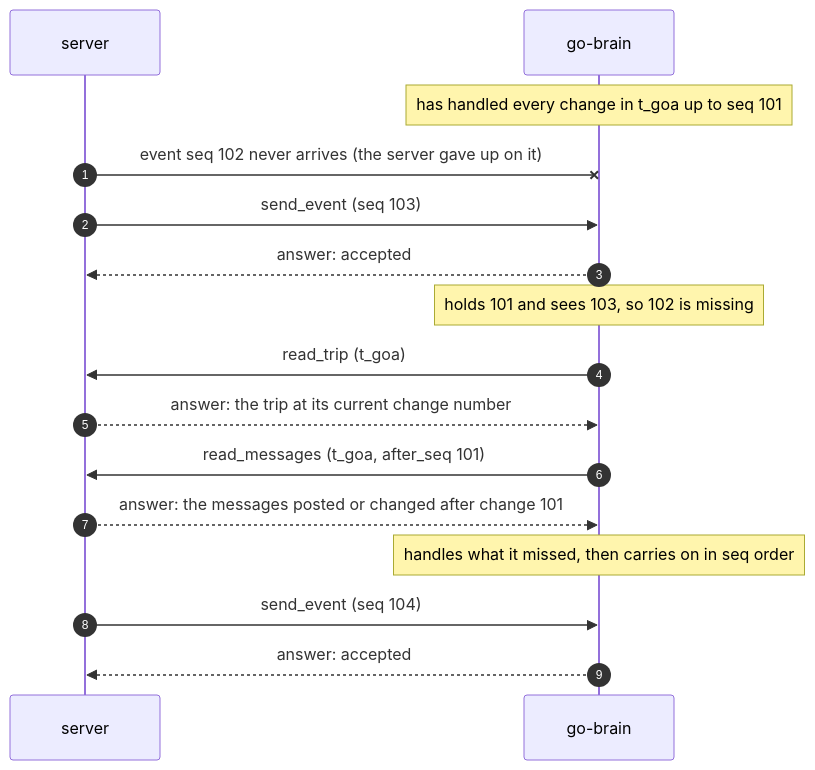
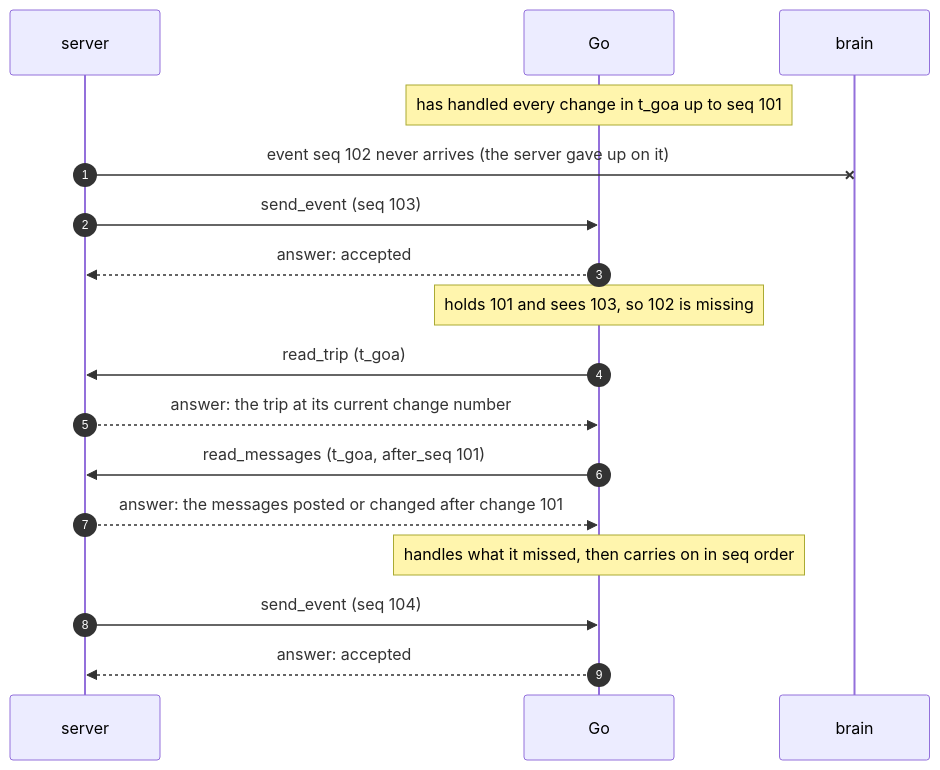
The eighth of 8 diagrams in docs/guide/09-flows.md (vestra-ai/go-brain), drawn with Mermaid before and after one commit. The commit also changed other lines of this file and 37 other files, not shown here.

````diff
--- a/docs/guide/09-flows.md
+++ b/docs/guide/09-flows.md
@@ -248,18 +248,18 @@
 ```mermaid
 sequenceDiagram
   autonumber
   participant server as server
-  participant brain as go-brain
-  Note over brain: has handled every change in t_goa up to seq 101
+  participant go as Go
+  Note over go: has handled every change in t_goa up to seq 101
   server-xbrain: event seq 102 never arrives (the server gave up on it)
-  server->>brain: send_event (seq 103)
-  brain-->>server: answer: accepted
-  Note over brain: holds 101 and sees 103, so 102 is missing
-  brain->>server: read_trip (t_goa)
-  server-->>brain: answer: the trip at its current change number
-  brain->>server: read_messages (t_goa, after_seq 101)
-  server-->>brain: answer: the messages posted or changed after change 101
-  Note over brain: handles what it missed, then carries on in seq order
-  server->>brain: send_event (seq 104)
-  brain-->>server: answer: accepted
+  server->>go: send_event (seq 103)
+  go-->>server: answer: accepted
+  Note over go: holds 101 and sees 103, so 102 is missing
+  go->>server: read_trip (t_goa)
+  server-->>go: answer: the trip at its current change number
+  go->>server: read_messages (t_goa, after_seq 101)
+  server-->>go: answer: the messages posted or changed after change 101
+  Note over go: handles what it missed, then carries on in seq order
+  server->>go: send_event (seq 104)
+  go-->>server: answer: accepted
 ```
````
